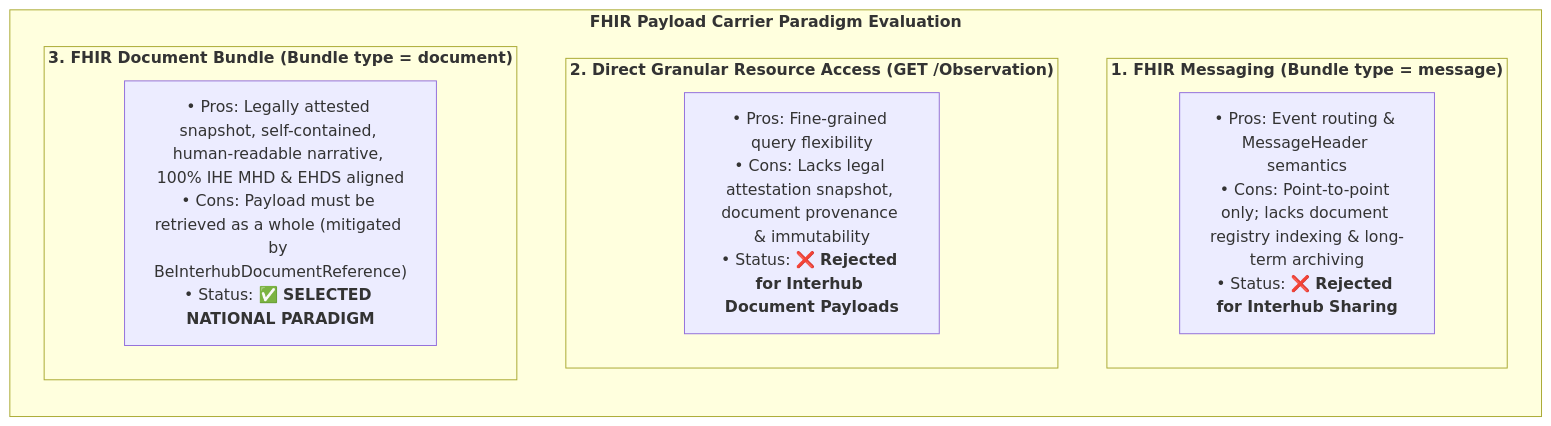
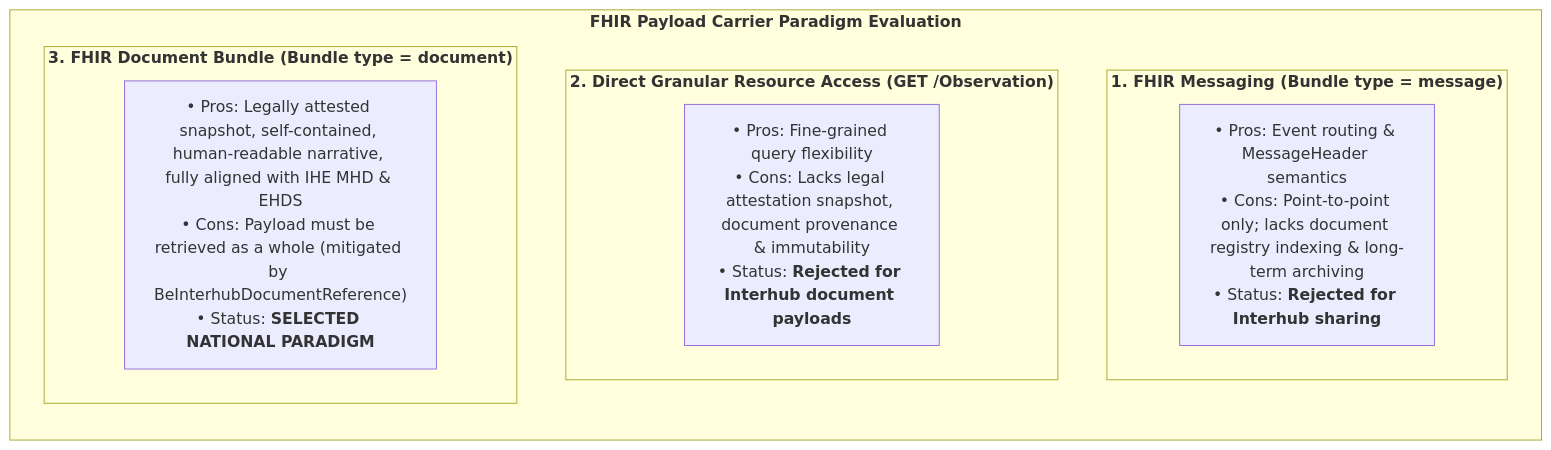
One commit to Erwin-Bellon/hubsharing changed the first of 2 diagrams in input/pagecontent/resource-considerations.md. Above: the diagram before and after it, drawn with Mermaid. The commit also changed other lines of this file and 16 other files, not shown here.

````diff
--- a/input/pagecontent/resource-considerations.md
+++ b/input/pagecontent/resource-considerations.md
@@ -21,15 +21,15 @@
 ```mermaid
 flowchart TD
     subgraph Evaluation["<b>FHIR Payload Carrier Paradigm Evaluation</b>"]
         direction TB
         subgraph Opt1["<b>1. FHIR Messaging (Bundle type = message)</b>"]
-            O1["• Pros: Event routing & MessageHeader semantics<br/>• Cons: Point-to-point only; lacks document registry indexing & long-term archiving<br/>• Status: ❌ <b>Rejected for Interhub Sharing</b>"]
+            O1["• Pros: Event routing & MessageHeader semantics<br/>• Cons: Point-to-point only; lacks document registry indexing & long-term archiving<br/>• Status: <b>Rejected for Interhub sharing</b>"]
         end
         subgraph Opt2["<b>2. Direct Granular Resource Access (GET /Observation)</b>"]
-            O2["• Pros: Fine-grained query flexibility<br/>• Cons: Lacks legal attestation snapshot, document provenance & immutability<br/>• Status: ❌ <b>Rejected for Interhub Document Payloads</b>"]
+            O2["• Pros: Fine-grained query flexibility<br/>• Cons: Lacks legal attestation snapshot, document provenance & immutability<br/>• Status: <b>Rejected for Interhub document payloads</b>"]
         end
         subgraph Opt3["<b>3. FHIR Document Bundle (Bundle type = document)</b>"]
-            O3["• Pros: Legally attested snapshot, self-contained, human-readable narrative, 100% IHE MHD & EHDS aligned<br/>• Cons: Payload must be retrieved as a whole (mitigated by BeInterhubDocumentReference)<br/>• Status: ✅ <b>SELECTED NATIONAL PARADIGM</b>"]
+            O3["• Pros: Legally attested snapshot, self-contained, human-readable narrative, fully aligned with IHE MHD & EHDS<br/>• Cons: Payload must be retrieved as a whole (mitigated by BeInterhubDocumentReference)<br/>• Status: <b>SELECTED NATIONAL PARADIGM</b>"]
         end
     end
 ```
````
